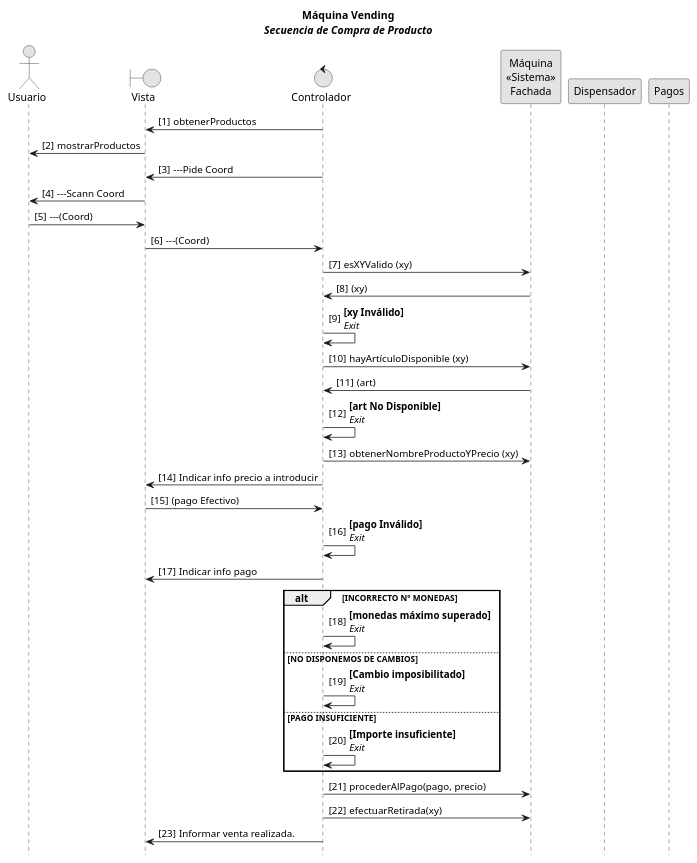
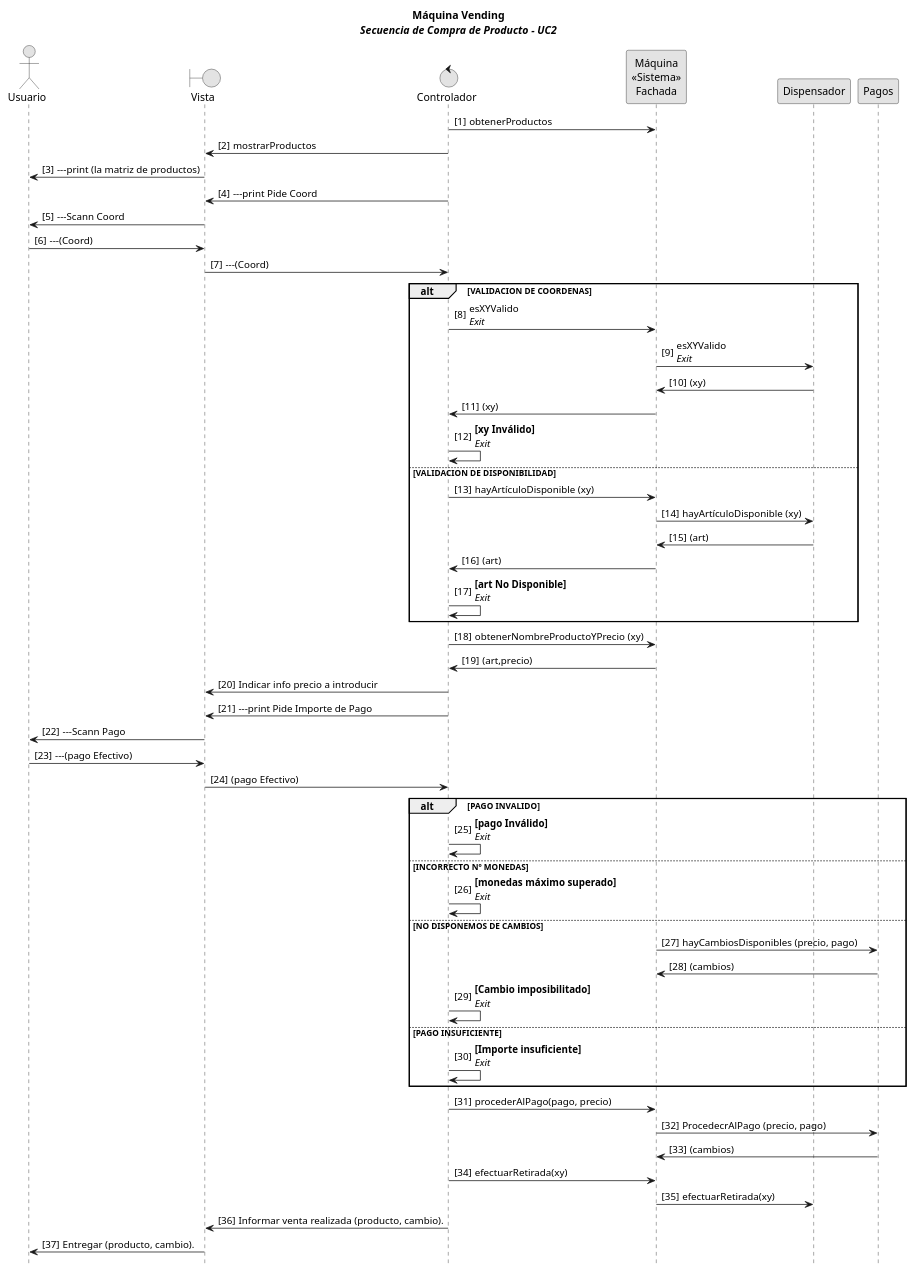
The sixth of 8 diagrams in ejemplos/maquina_vending.md (srlopez/RUP), drawn with PlantUML before and after one commit. The commit also changed other lines of this file, not shown here.

````diff
--- a/ejemplos/maquina_vending.md
+++ b/ejemplos/maquina_vending.md
@@ -368,56 +370,71 @@
 ```plantuml
 @startuml
 skinparam monochrome true
 ' skinparam handwritten true
 ' skinparam defaultFontName Comic Sans MS
 ' skinparam classArrowFontName Arial
 
-title <b>Máquina Vending</b>\n<i>Secuencia de Compra de Producto</i>
+title <b>Máquina Vending</b>\n<i>Secuencia de Compra de Producto - UC2</i>
 autonumber "[0]"
 hide footbox
 
 actor Usuario as u
 boundary Vista as v
 control Controlador as c 
 participant "Máquina\n<<Sistema>>\nFachada" as s
 participant Dispensador as d
 participant Pagos as p
 
 ' entity 
 ' database 
 ' collections  
 
 'group Comprar Producto
-c -> v: obtenerProductos
-v -> u: mostrarProductos
-c -> v: ---Pide Coord
+c -> s: obtenerProductos
+c -> v: mostrarProductos
+v -> u: ---print (la matriz de productos)
+c -> v: ---print Pide Coord
 v -> u: ---Scann Coord
 u -> v: ---(Coord)
 v -> c: ---(Coord)
-c -> s: esXYValido (xy)
+alt VALIDACION DE COORDENAS
+c -> s: esXYValido\n<i>Exit</i>
+s -> d: esXYValido\n<i>Exit</i>
+d -> s: (xy)
 s -> c: (xy)
 c -> c: <b>[xy Inválido]</b>\n<i>Exit</i>
+else VALIDACION DE DISPONIBILIDAD
 c -> s: hayArtículoDisponible (xy)
+s -> d: hayArtículoDisponible (xy)
+d -> s: (art)
 s -> c: (art)
 c -> c: <b>[art No Disponible]</b>\n<i>Exit</i>
+end
 c -> s: obtenerNombreProductoYPrecio (xy)
+s -> c: (art,precio)
 c -> v: Indicar info precio a introducir
+c -> v: ---print Pide Importe de Pago
+v -> u: ---Scann Pago
+u -> v: ---(pago Efectivo)
 v -> c: (pago Efectivo)
+alt PAGO INVALIDO
 c -> c: <b>[pago Inválido]</b>\n<i>Exit</i>
-c -> v: Indicar info pago
-alt INCORRECTO Nº MONEDAS
+else  INCORRECTO Nº MONEDAS
 c -> c: <b>[monedas máximo superado]</b>\n<i>Exit</i>
 else NO DISPONEMOS DE CAMBIOS
+s -> p: hayCambiosDisponibles (precio, pago)
+p -> s: (cambios)
 c -> c: <b>[Cambio imposibilitado]</b>\n<i>Exit</i>
 else PAGO INSUFICIENTE
 c -> c: <b>[Importe insuficiente]</b>\n<i>Exit</i>
 end
 c -> s: procederAlPago(pago, precio)
+s -> p: ProcedecrAlPago (precio, pago)
+p -> s: (cambios)
 c -> s: efectuarRetirada(xy)
-c -> v: Informar venta realizada.
-
-
-
+s -> d: efectuarRetirada(xy)
+c -> v: Informar venta realizada (producto, cambio).
+v -> u: Entregar (producto, cambio).
 'end
 @enduml
 ```
````
